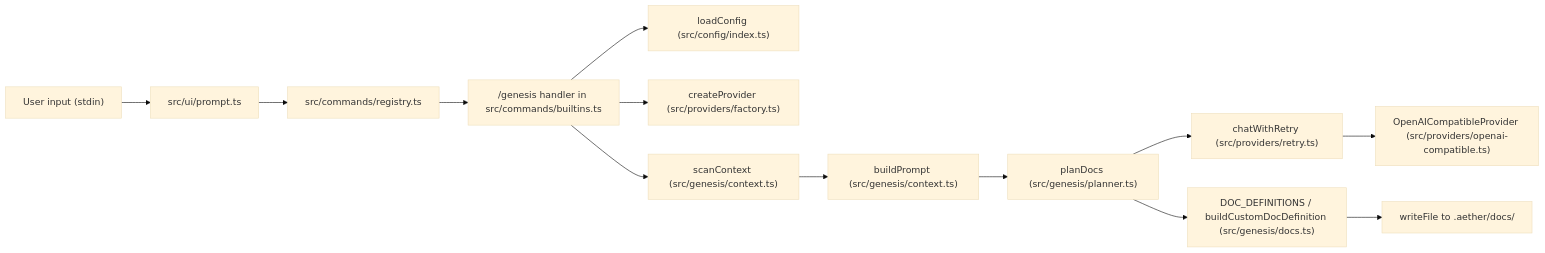
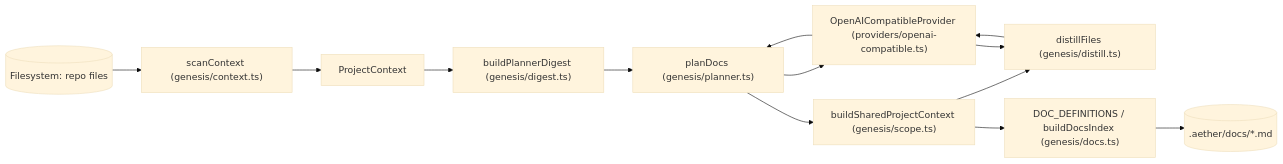
Before and after one commit to Aether-One/aether: the second of 3 diagrams in .aether/docs/diagrams/system.md, drawn with Mermaid (base theme). The commit also changed other lines of this file and 26 other files, not shown here.

````diff
--- a/.aether/docs/diagrams/system.md
+++ b/.aether/docs/diagrams/system.md
@@ -30,15 +77,26 @@
 ```mermaid
 flowchart LR
-  user["User input (stdin)"] --> prompt["src/ui/prompt.ts"]
-  prompt --> registry["src/commands/registry.ts"]
-  registry --> builtins["/genesis handler in src/commands/builtins.ts"]
-  builtins --> config["loadConfig (src/config/index.ts)"]
-  builtins --> provider["createProvider (src/providers/factory.ts)"]
-  builtins --> scan["scanContext (src/genesis/context.ts)"]
-  scan --> buildprompt["buildPrompt (src/genesis/context.ts)"]
-  buildprompt --> planner["planDocs (src/genesis/planner.ts)"]
-  planner --> providerCall["chatWithRetry (src/providers/retry.ts)"]
-  providerCall --> openai["OpenAICompatibleProvider (src/providers/openai-compatible.ts)"]
-  planner --> docs["DOC_DEFINITIONS / buildCustomDocDefinition (src/genesis/docs.ts)"]
-  docs --> writeFile["writeFile to .aether/docs/"]
+    FS[(Filesystem: repo files)]
+    CTX["scanContext (genesis/context.ts)"]
+    PROJ["ProjectContext"]
+    DIG["buildPlannerDigest (genesis/digest.ts)"]
+    PLAN["planDocs (genesis/planner.ts)"]
+    PROV["OpenAICompatibleProvider (providers/openai-compatible.ts)"]
+    SCOPE["buildSharedProjectContext (genesis/scope.ts)"]
+    DIST["distillFiles (genesis/distill.ts)"]
+    DOCS["DOC_DEFINITIONS / buildDocsIndex (genesis/docs.ts)"]
+    OUT[(".aether/docs/*.md")]
+
+    FS --> CTX
+    CTX --> PROJ
+    PROJ --> DIG
+    DIG --> PLAN
+    PLAN --> PROV
+    PROV --> PLAN
+    PLAN --> SCOPE
+    SCOPE --> DIST
+    DIST --> PROV
+    PROV --> DIST
+    SCOPE --> DOCS
+    DOCS --> OUT
 ```
````
